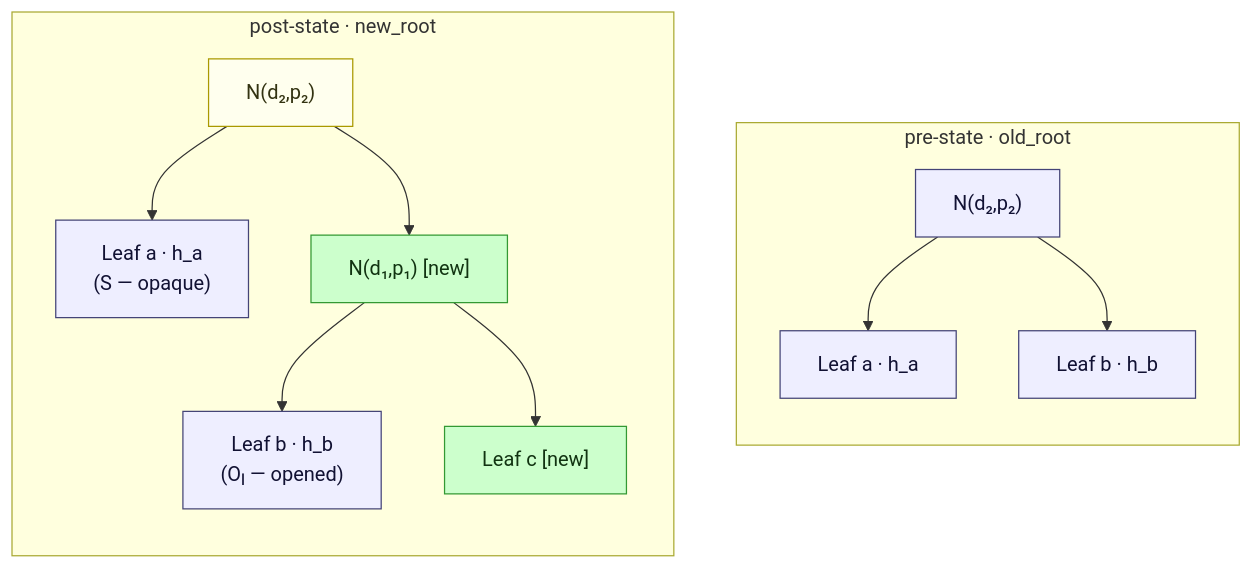
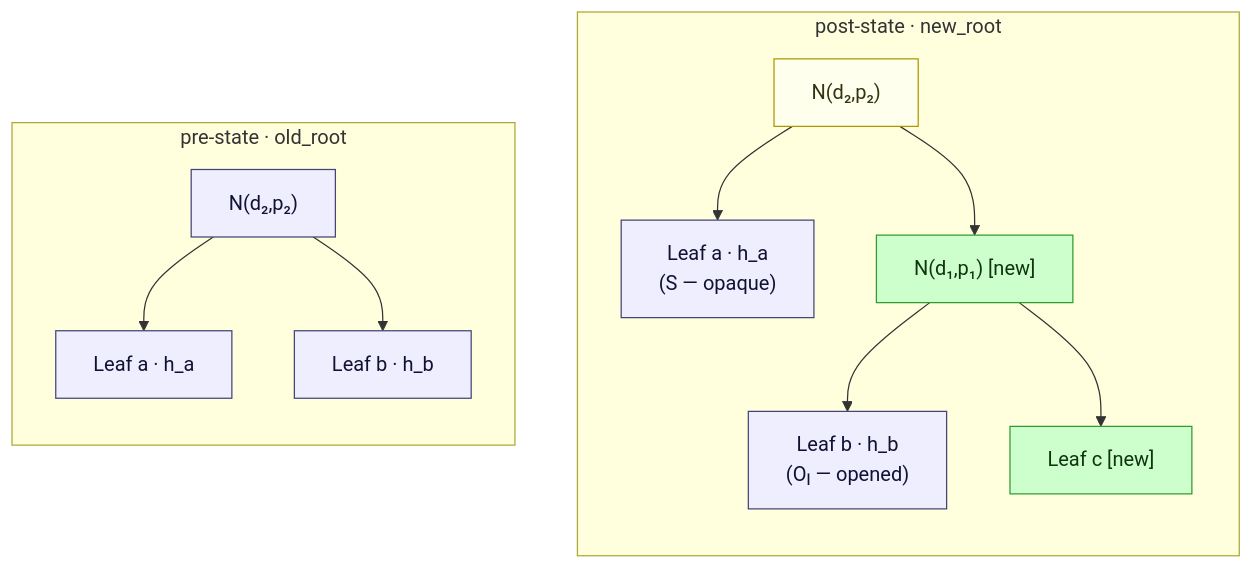
Before and after one commit to ristik/rsmt-air: the fifth of 6 diagrams in README.md, drawn with Mermaid. The commit also changed other lines of this file and 2 other files, not shown here.

````diff
--- a/README.md
+++ b/README.md
@@ -424,21 +424,24 @@
 ```mermaid
-flowchart TB
+flowchart LR
     classDef u fill:#eef,stroke:#447,color:#113
     classDef n fill:#cfc,stroke:#393,color:#131
     classDef c fill:#ffe,stroke:#a90,color:#331
 
     subgraph OLD["pre-state · old_root"]
         direction TB
         O2["N(d₂,p₂)"]:::u
         O2 --> OA["Leaf a · h_a"]:::u
         O2 --> OB["Leaf b · h_b"]:::u
     end
+
     subgraph NEW["post-state · new_root"]
         direction TB
         M2["N(d₂,p₂)"]:::c
         M2 --> MA["Leaf a · h_a<br/>(S — opaque)"]:::u
         M2 --> M1["N(d₁,p₁) [new]"]:::n
         M1 --> MB["Leaf b · h_b<br/>(Oₗ — opened)"]:::u
         M1 --> MC["Leaf c [new]"]:::n
     end
+
+    OLD ~~~ NEW
 ```
````
